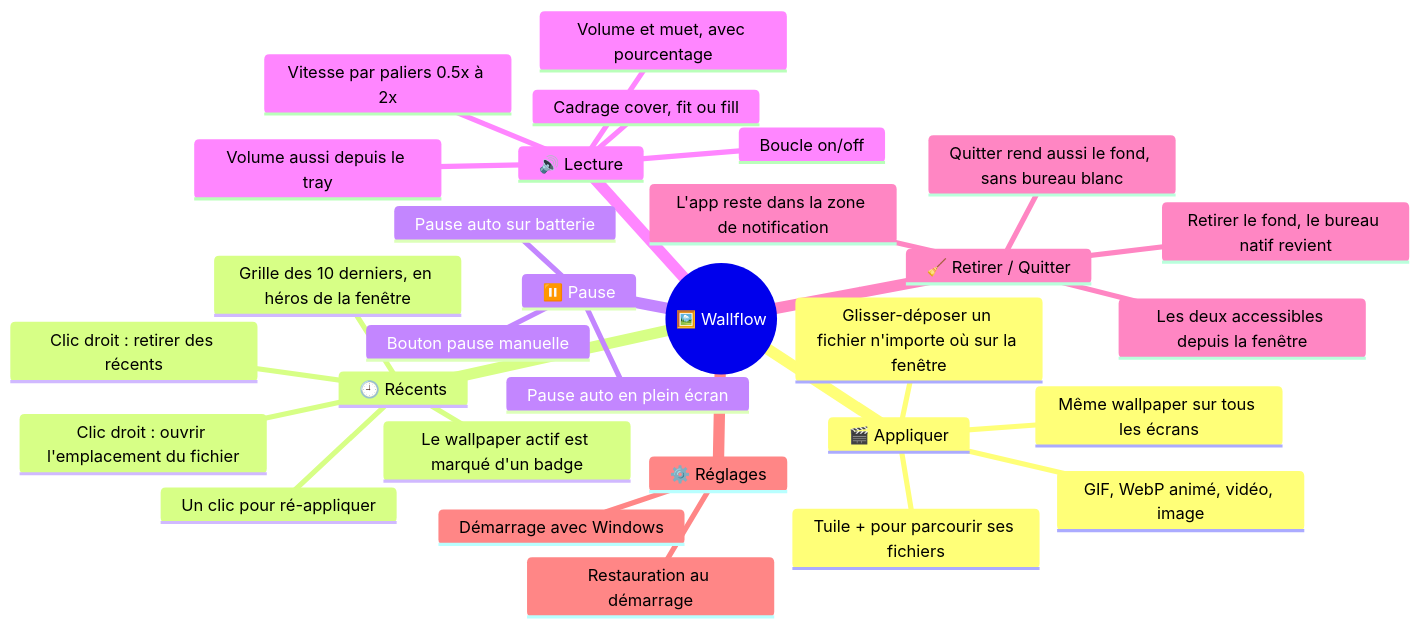
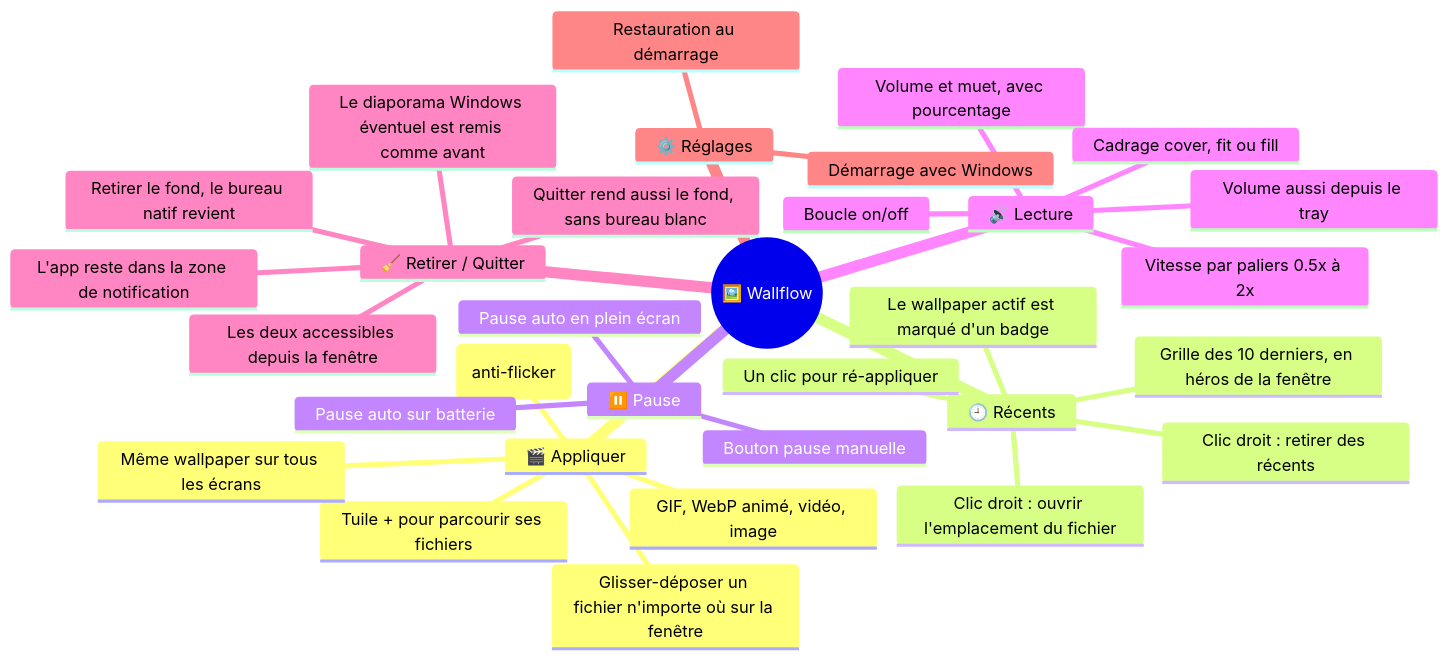
One commit to KevinT78/wallflow changed the first of 4 diagrams in docs/VUE-PRODUIT.md. Above: the diagram before and after it, drawn with Mermaid. The commit also changed other lines of this file and 2 other files, not shown here.

First line of the commit message:
docs: sync CONTEXT/VUE-PRODUIT/ARCHITECTURE pour l'anti-flicker diaporama (issue 007)

````diff
--- a/docs/VUE-PRODUIT.md
+++ b/docs/VUE-PRODUIT.md
@@ -22,33 +22,35 @@
 ```mermaid
 mindmap
   root((🖼️ Wallflow))
     🎬 Appliquer
       Glisser-déposer un fichier n'importe où sur la fenêtre
       Tuile + pour parcourir ses fichiers
       GIF, WebP animé, vidéo, image
       Même wallpaper sur tous les écrans
+      Coupe le diaporama Windows le temps de l'affichage (anti-flicker)
     🕘 Récents
       Grille des 10 derniers, en héros de la fenêtre
       Un clic pour ré-appliquer
       Le wallpaper actif est marqué d'un badge
       Clic droit : retirer des récents
       Clic droit : ouvrir l'emplacement du fichier
     ⏸️ Pause
       Bouton pause manuelle
       Pause auto en plein écran
       Pause auto sur batterie
     🔊 Lecture
       Volume et muet, avec pourcentage
       Cadrage cover, fit ou fill
       Boucle on/off
       Vitesse par paliers 0.5x à 2x
       Volume aussi depuis le tray
     🧹 Retirer / Quitter
       Retirer le fond, le bureau natif revient
+      Le diaporama Windows éventuel est remis comme avant
       L'app reste dans la zone de notification
       Quitter rend aussi le fond, sans bureau blanc
       Les deux accessibles depuis la fenêtre
     ⚙️ Réglages
       Démarrage avec Windows
       Restauration au démarrage
 ```
````
